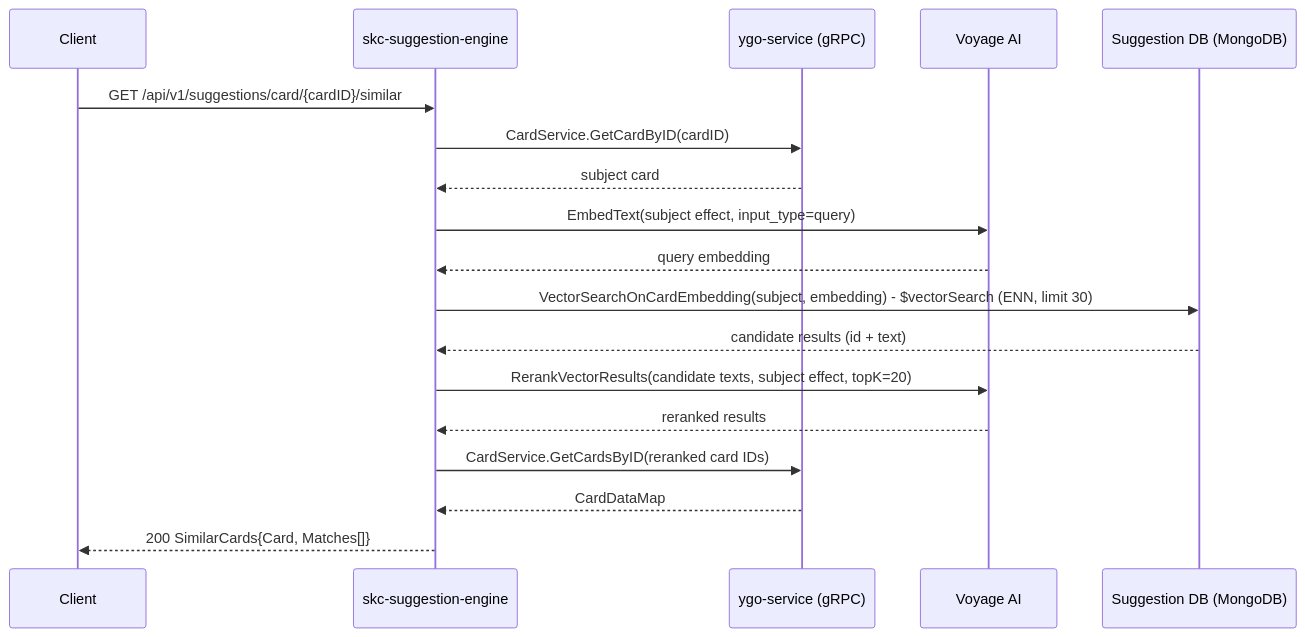
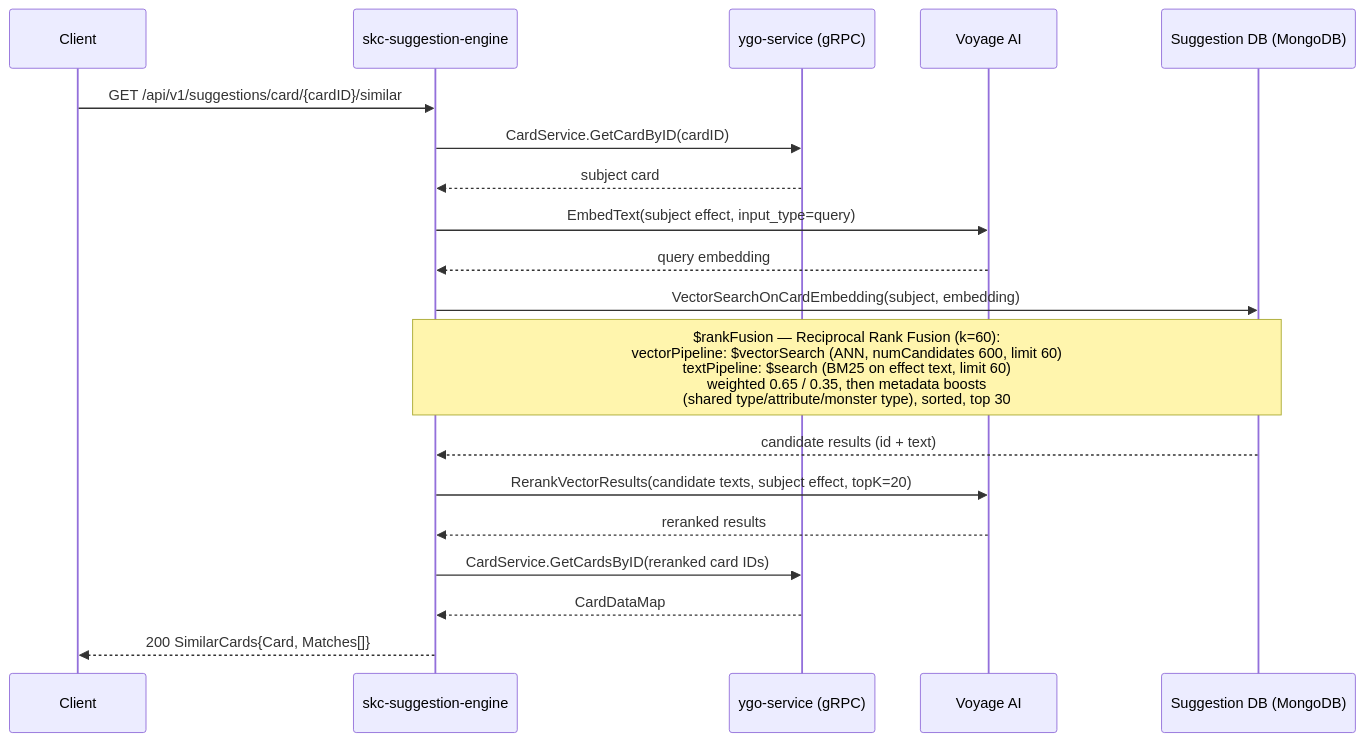
Before and after one commit to ygo-skc/skc-suggestion-engine: the eighth of 13 diagrams in SYSTEM_DESIGN.md, drawn with Mermaid. The commit also changed 1 other file, not shown here.

Commit message:
Added BM25 search in conjuction with vector search via RFF to improve results

````diff
--- a/SYSTEM_DESIGN.md
+++ b/SYSTEM_DESIGN.md
@@ -169,21 +169,22 @@
 ```mermaid
 sequenceDiagram
     participant Client
     participant API as skc-suggestion-engine
     participant YGO as ygo-service (gRPC)
     participant Voyage as Voyage AI
     participant DB as Suggestion DB (MongoDB)
 
     Client->>API: GET /api/v1/suggestions/card/{cardID}/similar
     API->>YGO: CardService.GetCardByID(cardID)
     YGO-->>API: subject card
     API->>Voyage: EmbedText(subject effect, input_type=query)
     Voyage-->>API: query embedding
-    API->>DB: VectorSearchOnCardEmbedding(subject, embedding) - $vectorSearch (ENN, limit 30)
+    API->>DB: VectorSearchOnCardEmbedding(subject, embedding)
+    Note over API,DB: $rankFusion — Reciprocal Rank Fusion (k=60):<br/>vectorPipeline: $vectorSearch (ANN, numCandidates 600, limit 60)<br/>textPipeline: $search (BM25 on effect text, limit 60)<br/>weighted 0.65 / 0.35, then metadata boosts<br/>(shared type/attribute/monster type), sorted, top 30
     DB-->>API: candidate results (id + text)
     API->>Voyage: RerankVectorResults(candidate texts, subject effect, topK=20)
     Voyage-->>API: reranked results
     API->>YGO: CardService.GetCardsByID(reranked card IDs)
     YGO-->>API: CardDataMap
     API-->>Client: 200 SimilarCards{Card, Matches[]}
 ```
````
